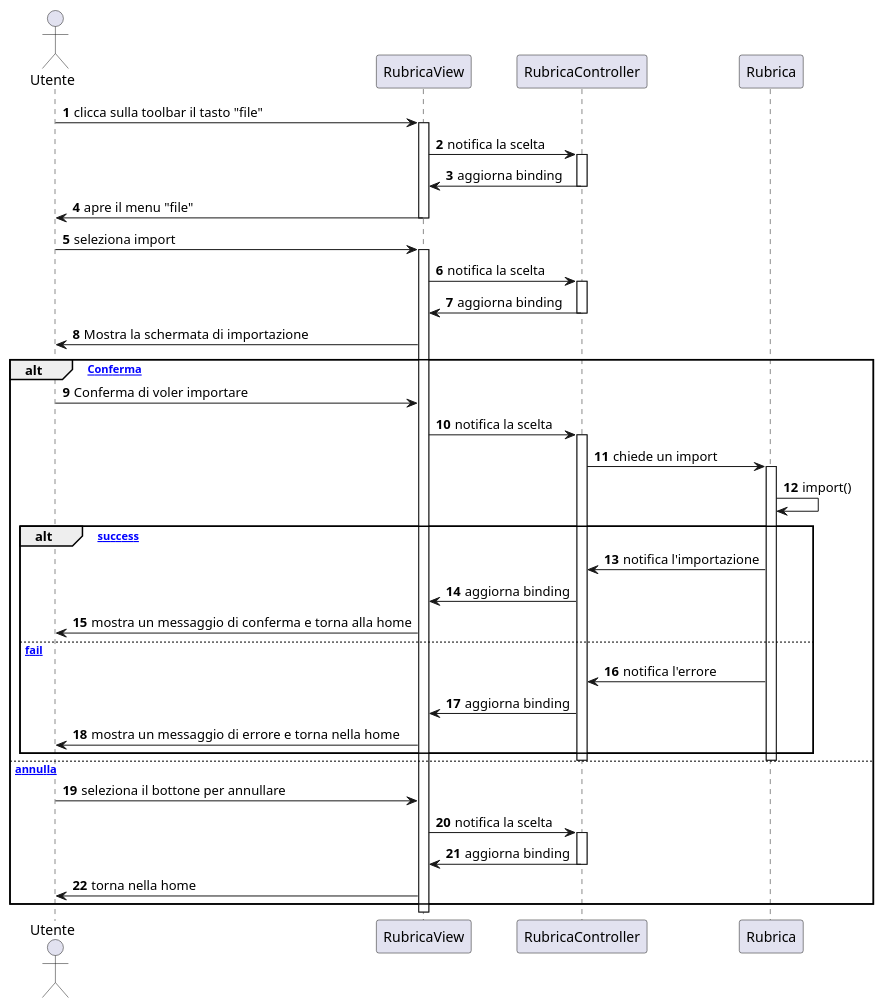
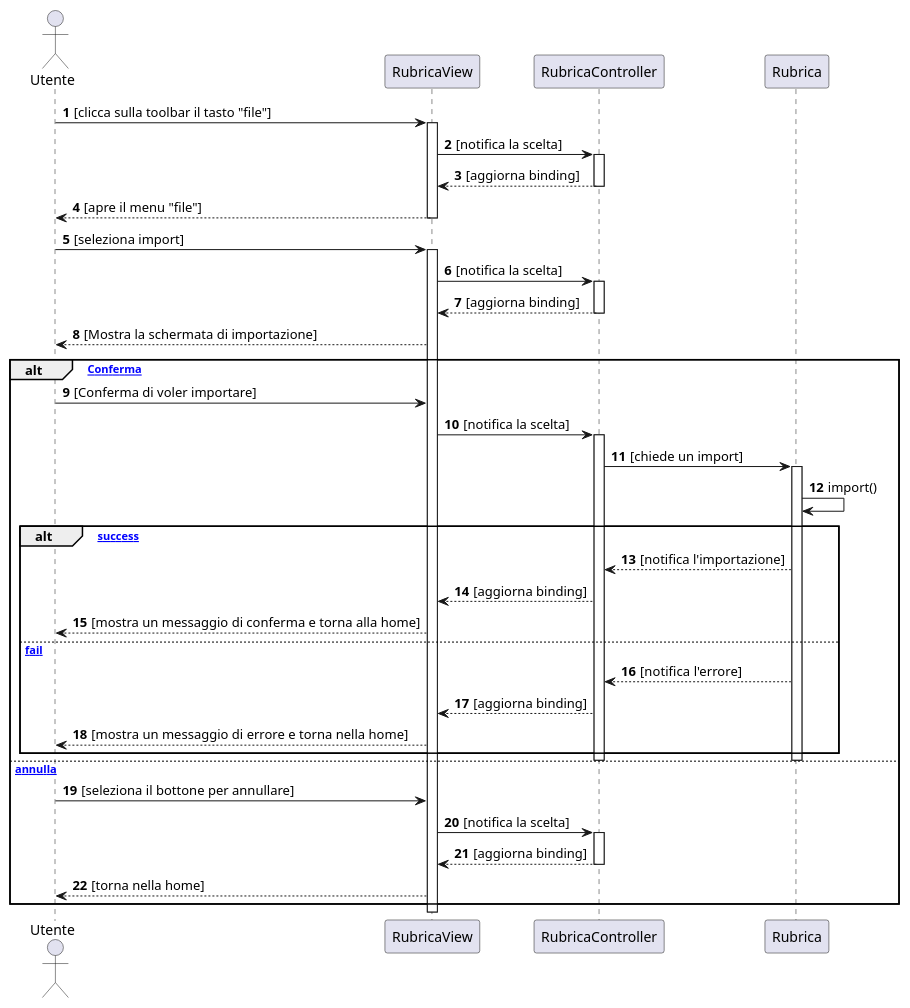
One commit to emanueletocci/uni-swe-project changed the diagram in docs/bozze/Diagrammi/Sequenza/ScenarioImport.puml. Above: the diagram before and after it, drawn with PlantUML. The commit also changed 3 other files, not shown here.

```diff
--- a/docs/bozze/Diagrammi/Sequenza/ScenarioImport.puml
+++ b/docs/bozze/Diagrammi/Sequenza/ScenarioImport.puml
@@ -1,53 +1,52 @@
 @startuml
 autonumber
 actor Utente
 participant RubricaView
 participant RubricaController
 participant Rubrica
 
-Utente->RubricaView:clicca sulla toolbar il tasto "file"
+Utente->RubricaView:[clicca sulla toolbar il tasto "file"]
 activate RubricaView
-RubricaView->RubricaController:notifica la scelta
+RubricaView->RubricaController:[notifica la scelta]
 activate RubricaController
-RubricaController->RubricaView:aggiorna binding
+RubricaController-->RubricaView:[aggiorna binding]
 deactivate RubricaController
-RubricaView->Utente:apre il menu "file"
+RubricaView-->Utente:[apre il menu "file"]
 deactivate RubricaView
 
-
-Utente->RubricaView:seleziona import
+Utente->RubricaView:[seleziona import]
 activate RubricaView
-RubricaView->RubricaController:notifica la scelta
+RubricaView->RubricaController:[notifica la scelta]
 activate RubricaController
-RubricaController->RubricaView:aggiorna binding
+RubricaController-->RubricaView:[aggiorna binding]
 deactivate RubricaController
-RubricaView->Utente:Mostra la schermata di importazione
+RubricaView-->Utente:[Mostra la schermata di importazione]
 
 alt [Conferma]
-    Utente->RubricaView:Conferma di voler importare
-    RubricaView->RubricaController:notifica la scelta
+    Utente->RubricaView:[Conferma di voler importare]
+    RubricaView->RubricaController:[notifica la scelta]
     activate RubricaController
-    RubricaController->Rubrica:chiede un import
+    RubricaController->Rubrica:[chiede un import]
     activate Rubrica
     Rubrica->Rubrica:import()
     alt [import success]
-        Rubrica->RubricaController:notifica l'importazione
-        RubricaController->RubricaView:aggiorna binding
-        RubricaView->Utente:mostra un messaggio di conferma e torna alla home
+        Rubrica-->RubricaController:[notifica l'importazione]
+        RubricaController-->RubricaView:[aggiorna binding]
+        RubricaView-->Utente:[mostra un messaggio di conferma e torna alla home]
     else [import fail]
-        Rubrica->RubricaController:notifica l'errore
-        RubricaController->RubricaView:aggiorna binding
-        RubricaView->Utente:mostra un messaggio di errore e torna nella home
+        Rubrica-->RubricaController:[notifica l'errore]
+        RubricaController-->RubricaView:[aggiorna binding]
+        RubricaView-->Utente:[mostra un messaggio di errore e torna nella home]
     end
     deactivate Rubrica
     deactivate RubricaController
 else [annulla]
-    Utente->RubricaView:seleziona il bottone per annullare
-    RubricaView->RubricaController:notifica la scelta
+    Utente->RubricaView:[seleziona il bottone per annullare]
+    RubricaView->RubricaController:[notifica la scelta]
     activate RubricaController
-    RubricaController->RubricaView:aggiorna binding
+    RubricaController-->RubricaView:[aggiorna binding]
     deactivate RubricaController
-    RubricaView->Utente:torna nella home
+    RubricaView-->Utente:[torna nella home]
 end
 
 @enduml
```
